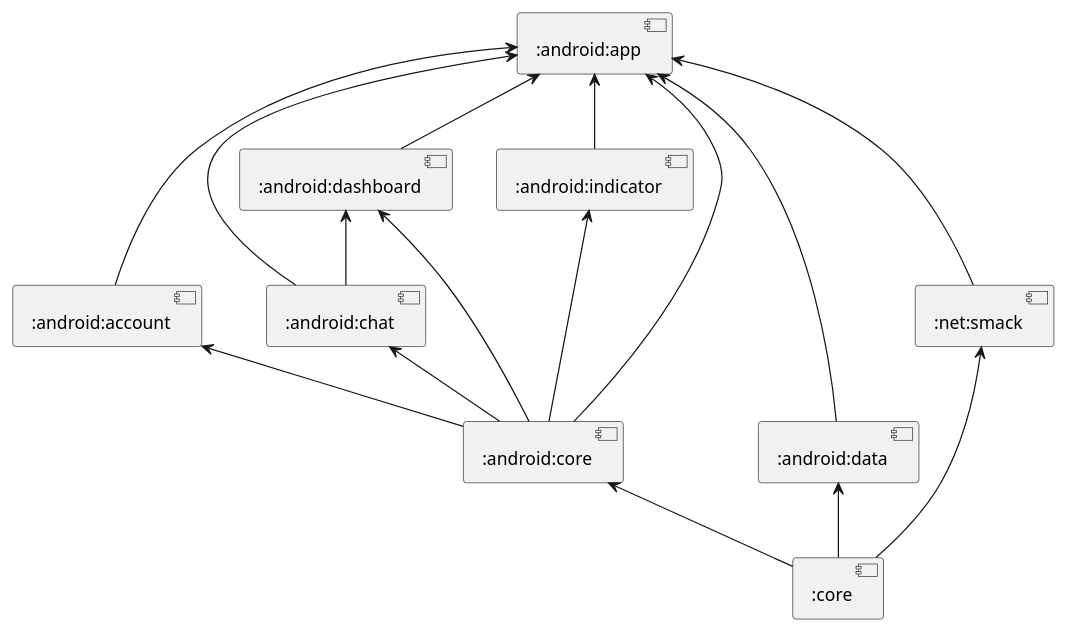
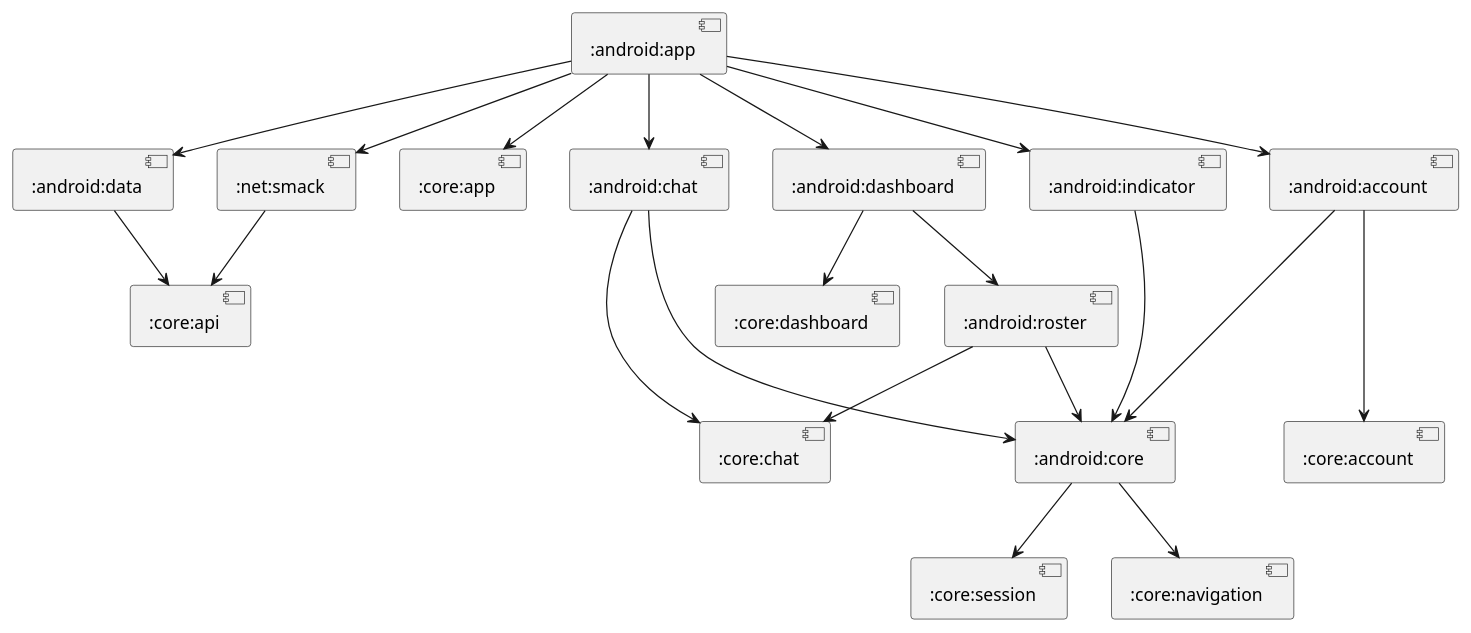
One commit to cryptopunkscc/crypton changed the diagram in android/components.puml. Above: the diagram before and after it, drawn with PlantUML. The commit also changed 115 other files, not shown here.

```diff
--- a/android/components.puml
+++ b/android/components.puml
@@ -1,31 +1,34 @@
 @startuml
 
-[:android:app]
-[:android:account]
-[:android:chat]
-[:android:dashboard]
-[:android:indicator]
-[:android:core]
-[:android:data]
-[:net:smack]
+[:net:smack] --> [:core:api]
 
-[:android:app] <-- [:android:core]
-[:android:account] <-- [:android:core]
-[:android:chat] <-- [:android:core]
-[:android:dashboard] <-- [:android:core]
-[:android:dashboard] <-- [:android:chat]
-[:android:indicator] <-- [:android:core]
+[:android:app] --> [:core:app]
+[:android:app] --> [:net:smack]
+[:android:app] --> [:android:data]
+[:android:app] --> [:android:dashboard]
+[:android:app] --> [:android:chat]
+[:android:app] --> [:android:account]
+[:android:app] --> [:android:indicator]
 
-[:android:app] <-- [:android:account]
-[:android:app] <-- [:android:chat]
-[:android:app] <-- [:android:dashboard]
-[:android:app] <-- [:android:indicator]
-[:android:app] <-- [:android:data]
-[:android:app] <-- [:net:smack]
+[:android:account] --> [:android:core]
+[:android:account] ---> [:core:account]
 
-[:android:core] <-- [:core]
-[:android:data] <-- [:core]
-[:net:smack] <-- [:core]
+[:android:chat] ---> [:android:core]
+[:android:chat] --> [:core:chat]
+
+[:android:dashboard] --> [:android:roster]
+[:android:dashboard] --> [:core:dashboard]
+
+[:android:roster] --> [:android:core]
+[:android:roster] --> [:core:chat]
+
+[:android:indicator] ---> [:android:core]
+
+[:android:core] --> [:core:session]
+[:android:core] --> [:core:navigation]
+
+[:android:data] --> [:core:api]
+
 
 
 @enduml
```
